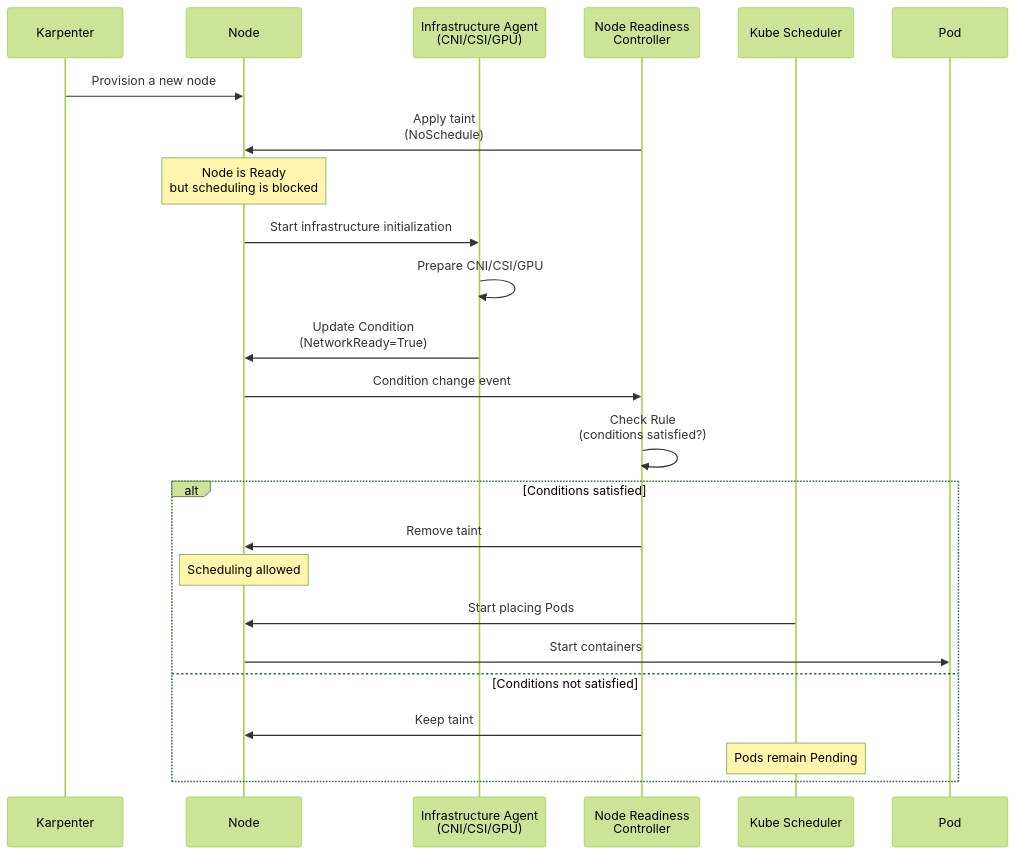
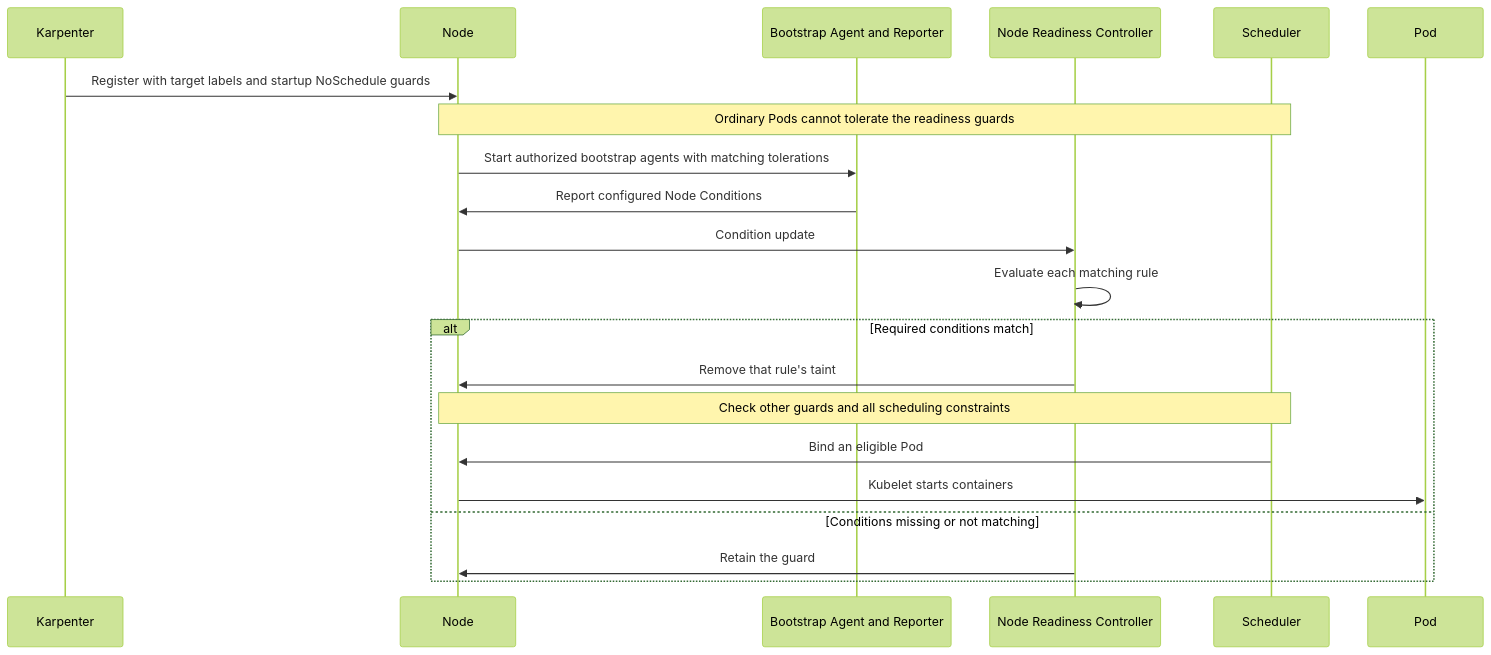
Diagram 11 of 12 in i18n/en/docusaurus-plugin-content-docs/current/eks-best-practices/operations-reliability/eks-pod-scheduling-availability.md (devfloor9/engineering-playbook), drawn with Mermaid (forest theme) before and after one commit. The commit also changed other lines of this file and 4 other files, not shown here.

First line of the commit message:
Correct node ownership, pressure eviction and readiness examples

````diff
--- a/i18n/en/docusaurus-plugin-content-docs/current/eks-best-practices/operations-reliability/eks-pod-scheduling-availability.md
+++ b/i18n/en/docusaurus-plugin-content-docs/current/eks-best-practices/operations-reliability/eks-pod-scheduling-availability.md
@@ -4690,32 +4712,23 @@
 ```mermaid
 sequenceDiagram
     participant Karpenter
     participant Node
-    participant InfraAgent as Infrastructure Agent<br/>(CNI/CSI/GPU)
-    participant NRC as Node Readiness<br/>Controller
-    participant Scheduler as Kube Scheduler
+    participant Reporter as Bootstrap Agent and Reporter
+    participant NRC as Node Readiness Controller
+    participant Scheduler
     participant Pod
-
-    Karpenter->>Node: Provision a new node
-    NRC->>Node: Apply taint<br/>(NoSchedule)
-
-    Note over Node: Node is Ready<br/>but scheduling is blocked
-
-    Node->>InfraAgent: Start infrastructure initialization
-    InfraAgent->>InfraAgent: Prepare CNI/CSI/GPU
-
-    InfraAgent->>Node: Update Condition<br/>(NetworkReady=True)
-
-    Node->>NRC: Condition change event
-    NRC->>NRC: Check Rule<br/>(conditions satisfied?)
-
-    alt Conditions satisfied
-        NRC->>Node: Remove taint
-        Note over Node: Scheduling allowed
-        Scheduler->>Node: Start placing Pods
-        Node->>Pod: Start containers
-    else Conditions not satisfied
-        NRC->>Node: Keep taint
-        Note over Scheduler: Pods remain Pending
+    Karpenter->>Node: Register with target labels and startup NoSchedule guards
+    Note over Node,Scheduler: Ordinary Pods cannot tolerate the readiness guards
+    Node->>Reporter: Start authorized bootstrap agents with matching tolerations
+    Reporter->>Node: Report configured Node Conditions
+    Node->>NRC: Condition update
+    NRC->>NRC: Evaluate each matching rule
+    alt Required conditions match
+        NRC->>Node: Remove that rule's taint
+        Note over Node,Scheduler: Check other guards and all scheduling constraints
+        Scheduler->>Node: Bind an eligible Pod
+        Node->>Pod: Kubelet starts containers
+    else Conditions missing or not matching
+        NRC->>Node: Retain the guard
     end
 ```
````
